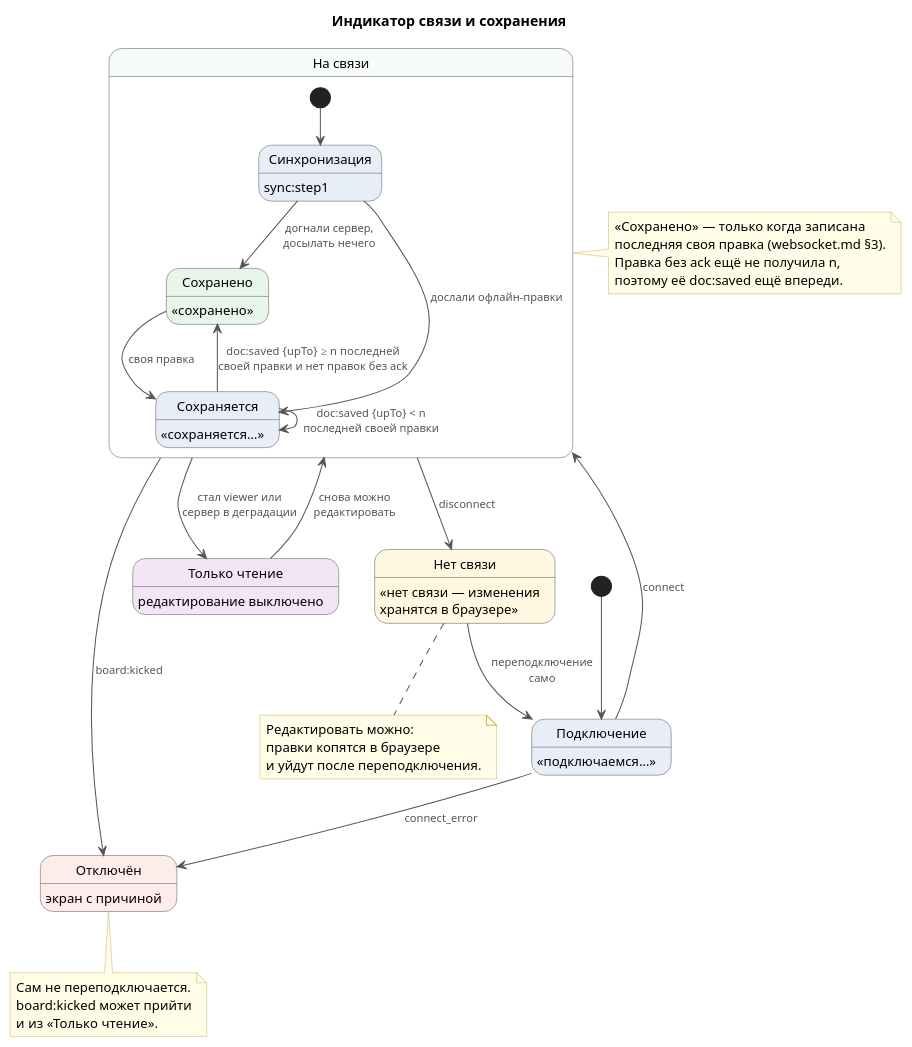
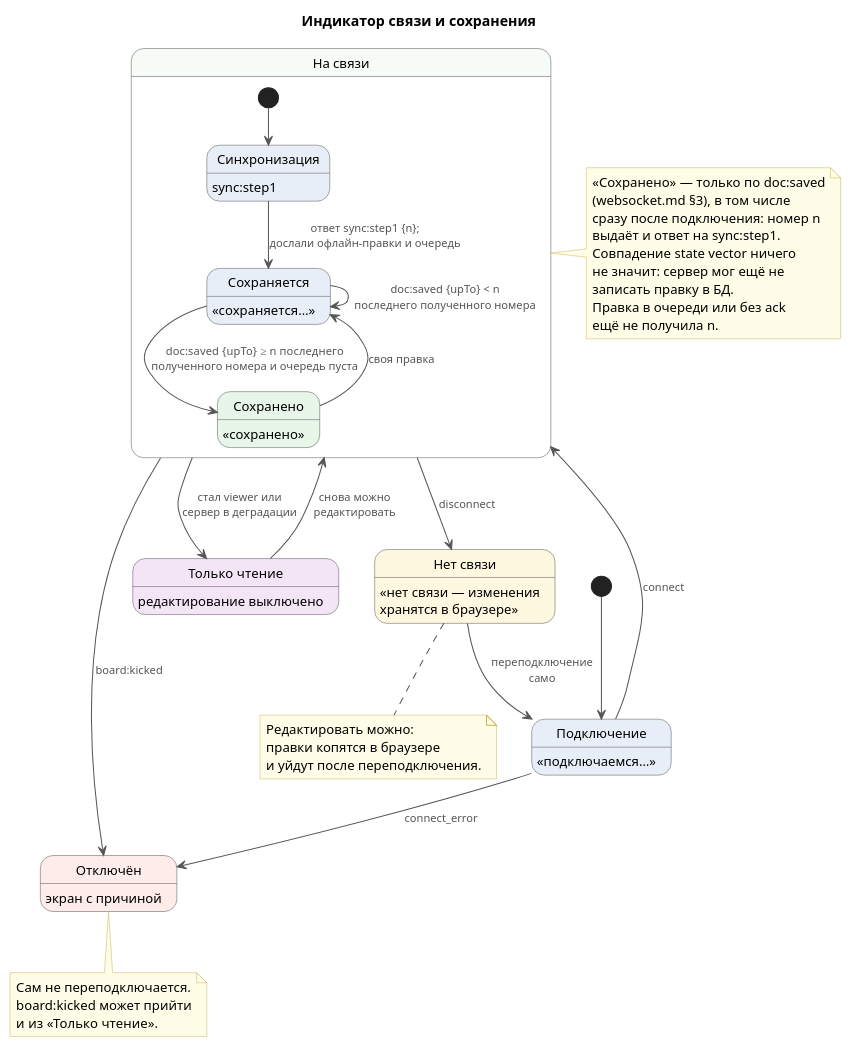
The diagram in docs/system-design/frontend/save-status.puml (fanera-team/fanera), drawn with PlantUML before and after one commit. The commit also changed 26 other files, not shown here.

First line of the commit message:
fix(docs): гарантии «сохранено», восстановление на копии, очередь правок клиента

```diff
--- a/docs/system-design/frontend/save-status.puml
+++ b/docs/system-design/frontend/save-status.puml
@@ -1,65 +1,69 @@
 @startuml save-status
 ' Индикатор связи и сохранения на странице доски. Источник — websocket.md §0 п.5, §2–4 (Р-32)
 skinparam shadowing false
 skinparam defaultFontName "Helvetica"
 skinparam defaultFontSize 13
 skinparam ArrowColor #555555
 skinparam ArrowFontSize 11
 skinparam ArrowFontColor #555555
 skinparam state {
   BackgroundColor #E8EEF7
   BorderColor #555555
 }
 skinparam note {
   BackgroundColor #FFFDE7
   BorderColor #C9B458
 }
 title Индикатор связи и сохранения
 
 state "Подключение" as Connecting : «подключаемся…»
 
 state "На связи" as Online #F7FBF7 {
   state "Синхронизация" as Syncing : sync:step1
   state "Сохранено" as Saved #E8F5E9 : «сохранено»
   state "Сохраняется" as Saving : «сохраняется…»
 
   [*] --> Syncing
-  Syncing --> Saved : догнали сервер,\nдосылать нечего
-  Syncing --> Saving : дослали офлайн-правки
+  Syncing --> Saving : ответ sync:step1 {n};\nдослали офлайн-правки и очередь
   Saved --> Saving : своя правка
-  Saving --> Saving : doc:saved {upTo} < n\nпоследней своей правки
-  Saving --> Saved : doc:saved {upTo} ≥ n последней\nсвоей правки и нет правок без ack
+  Saving --> Saving : doc:saved {upTo} < n\nпоследнего полученного номера
+  Saving --> Saved : doc:saved {upTo} ≥ n последнего\nполученного номера и очередь пуста
 }
 
 note right of Online
-  «Сохранено» — только когда записана
-  последняя своя правка (websocket.md §3).
-  Правка без ack ещё не получила n,
-  поэтому её doc:saved ещё впереди.
+  «Сохранено» — только по doc:saved
+  (websocket.md §3), в том числе
+  сразу после подключения: номер n
+  выдаёт и ответ на sync:step1.
+  Совпадение state vector ничего
+  не значит: сервер мог ещё не
+  записать правку в БД.
+  Правка в очереди или без ack
+  ещё не получила n.
 end note
 
 state "Нет связи" as Offline #FFF8E1 : «нет связи — изменения\nхранятся в браузере»
 state "Только чтение" as ReadOnly #F3E5F5 : редактирование выключено
 state "Отключён" as Closed #FDECEA : экран с причиной
 
 [*] --> Connecting
 Connecting --> Online : connect
 Online --> Offline : disconnect
 Offline --> Connecting : переподключение\nсамо
 Online --> ReadOnly : стал viewer или\nсервер в деградации
 ReadOnly --> Online : снова можно\nредактировать
 Connecting --> Closed : connect_error
 Online --> Closed : board:kicked
 
 note bottom of Offline
   Редактировать можно:
   правки копятся в браузере
   и уйдут после переподключения.
 end note
 
 note bottom of Closed
   Сам не переподключается.
   board:kicked может прийти
   и из «Только чтение».
 end note
 @enduml
```
